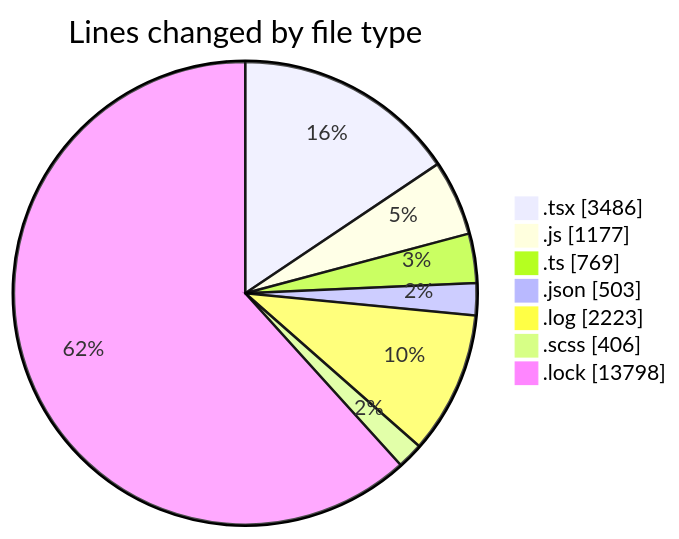
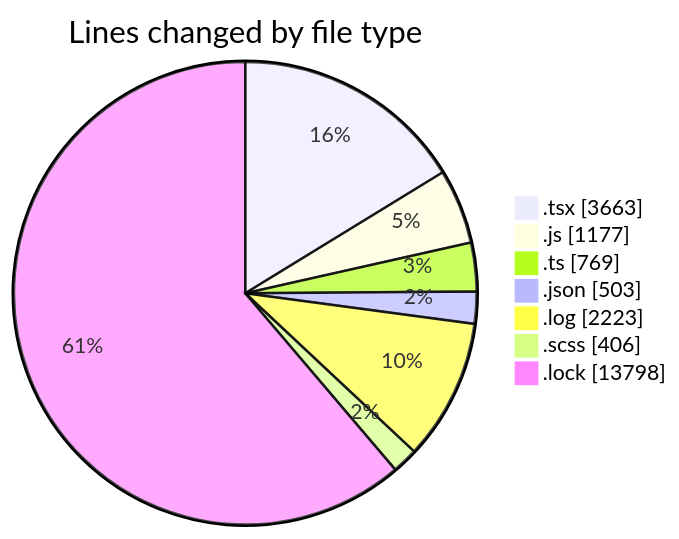
One commit to momahboobian/code-tracking changed the first of 2 diagrams in 2026-04-17/cda/README.md. Above: the diagram before and after it, drawn with Mermaid. The commit also changed other lines of this file and 1 other file, not shown here.

````diff
--- a/2026-04-17/cda/README.md
+++ b/2026-04-17/cda/README.md
@@ -55,11 +56,11 @@
 ```mermaid
 pie showData
 title Lines changed by file type
-".tsx" : 3486
+".tsx" : 3663
 ".js" : 1177
 ".ts" : 769
 ".json" : 503
 ".log" : 2223
 ".scss" : 406
 ".lock" : 13798
 ```
````
